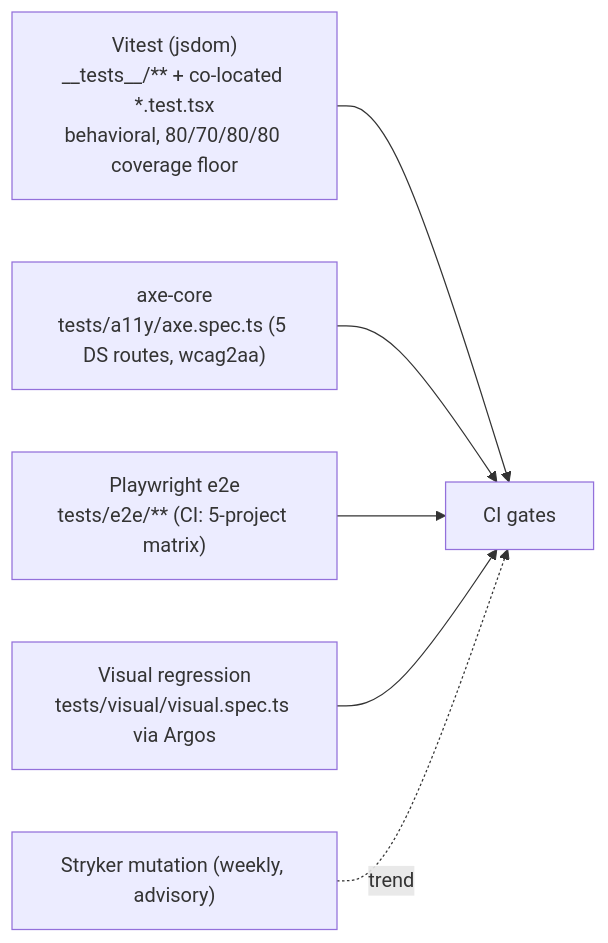
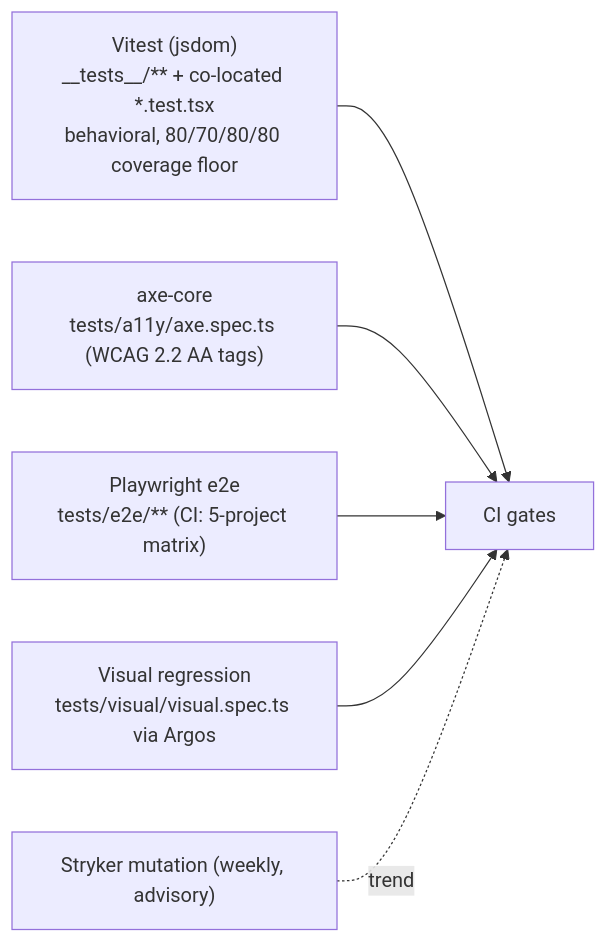
The first of 2 diagrams in docs/07-workflows.md (erikunha/portfolio), drawn with Mermaid before and after one commit. The commit also changed other lines of this file and 11 other files, not shown here.

````diff
--- a/docs/07-workflows.md
+++ b/docs/07-workflows.md
@@ -54,9 +54,9 @@
 ```mermaid
 flowchart LR
     unit["Vitest (jsdom)<br/>__tests__/** + co-located *.test.tsx<br/>behavioral, 80/70/80/80 coverage floor"] --> ci
-    a11y["axe-core<br/>tests/a11y/axe.spec.ts (5 DS routes, wcag2aa)"] --> ci
+    a11y["axe-core<br/>tests/a11y/axe.spec.ts (WCAG 2.2 AA tags)"] --> ci
     e2e["Playwright e2e<br/>tests/e2e/** (CI: 5-project matrix)"] --> ci
     visual["Visual regression<br/>tests/visual/visual.spec.ts via Argos"] --> ci
     mut["Stryker mutation (weekly, advisory)"] -. trend .-> ci
     ci["CI gates"]
 ```
````
